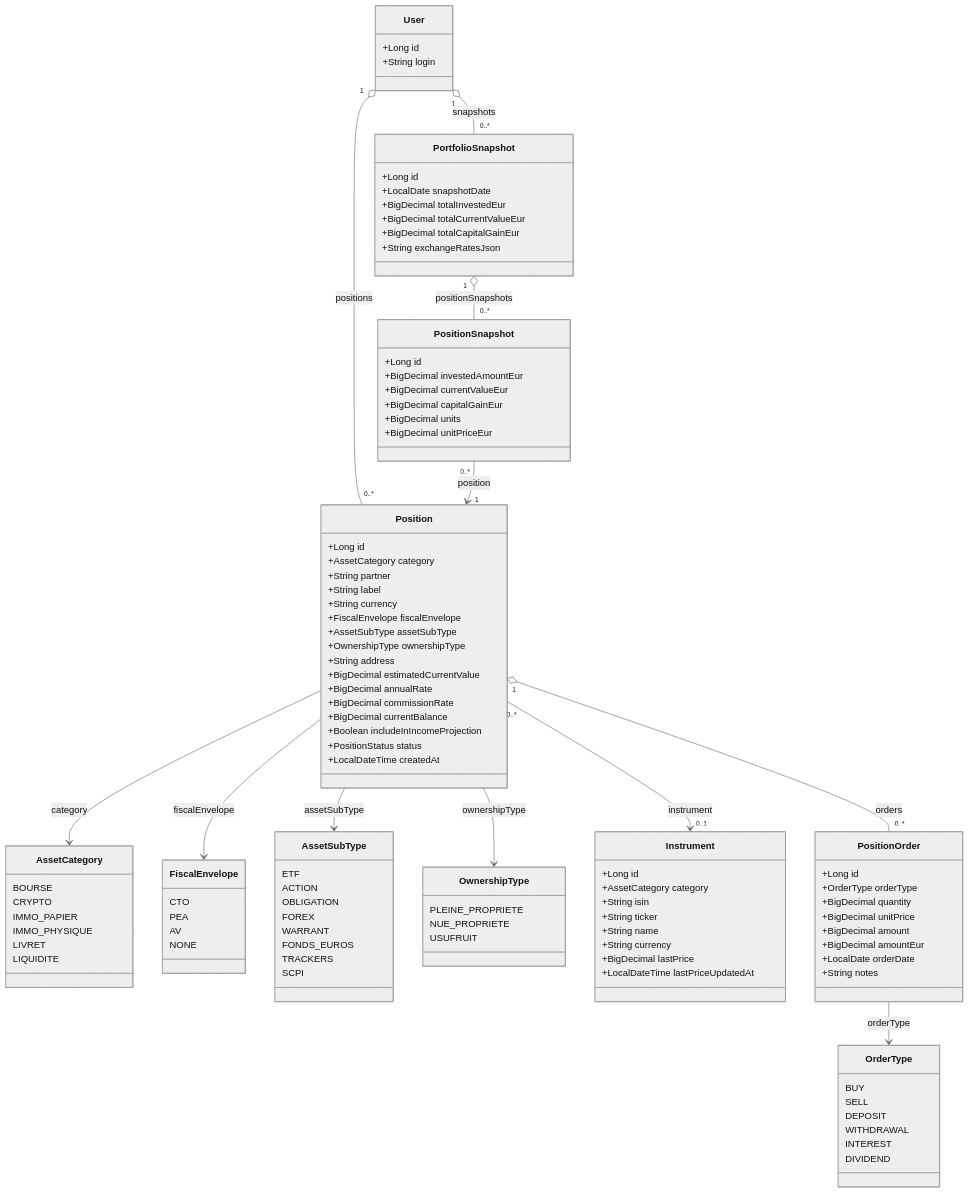
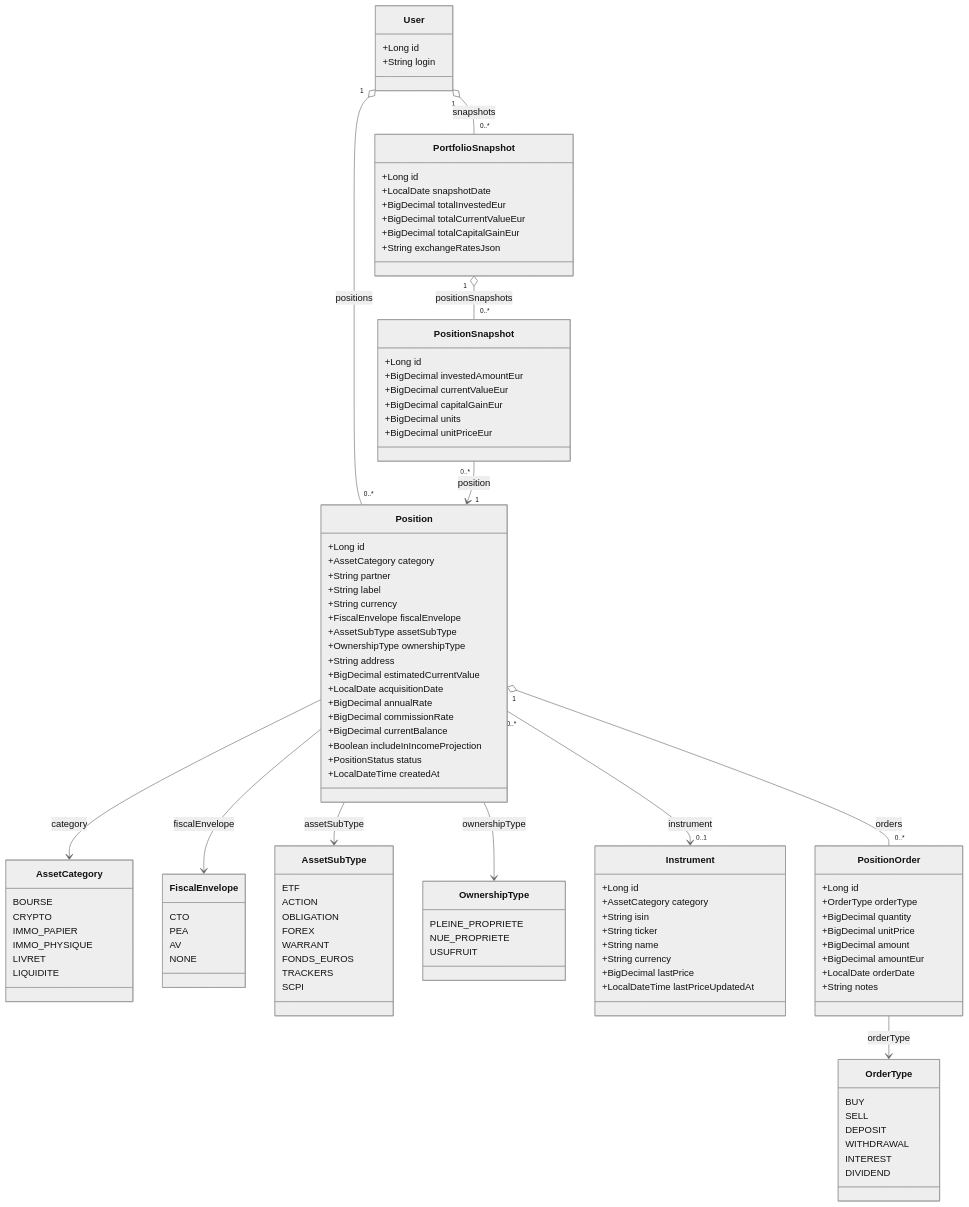
The diagram in docs/architecture/patrimoine.md (Neogost/MyFinance), drawn with Mermaid (neutral theme) before and after one commit. The commit also changed other lines of this file and 10 other files, not shown here.

First line of the commit message:
feat(patrimoine): date d'acquisition IMMO_PHYSIQUE + plus-value YTD

```diff
--- a/docs/architecture/patrimoine.md
+++ b/docs/architecture/patrimoine.md
@@ -394,6 +396,7 @@
         +OwnershipType ownershipType
         +String address
         +BigDecimal estimatedCurrentValue
+        +LocalDate acquisitionDate
         +BigDecimal annualRate
         +BigDecimal commissionRate
         +BigDecimal currentBalance
```
